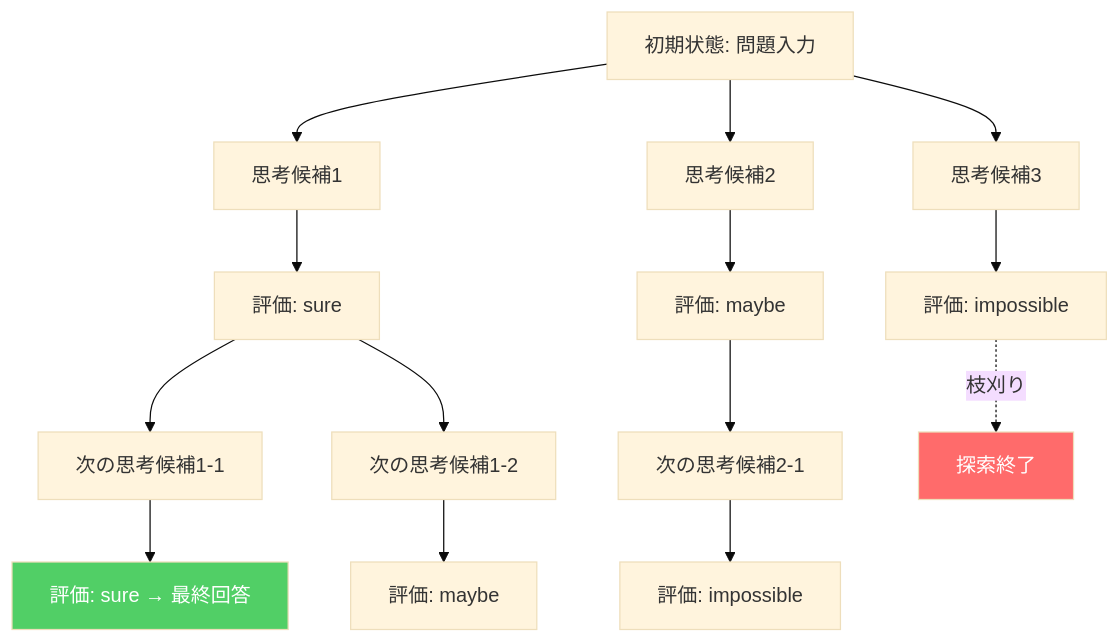
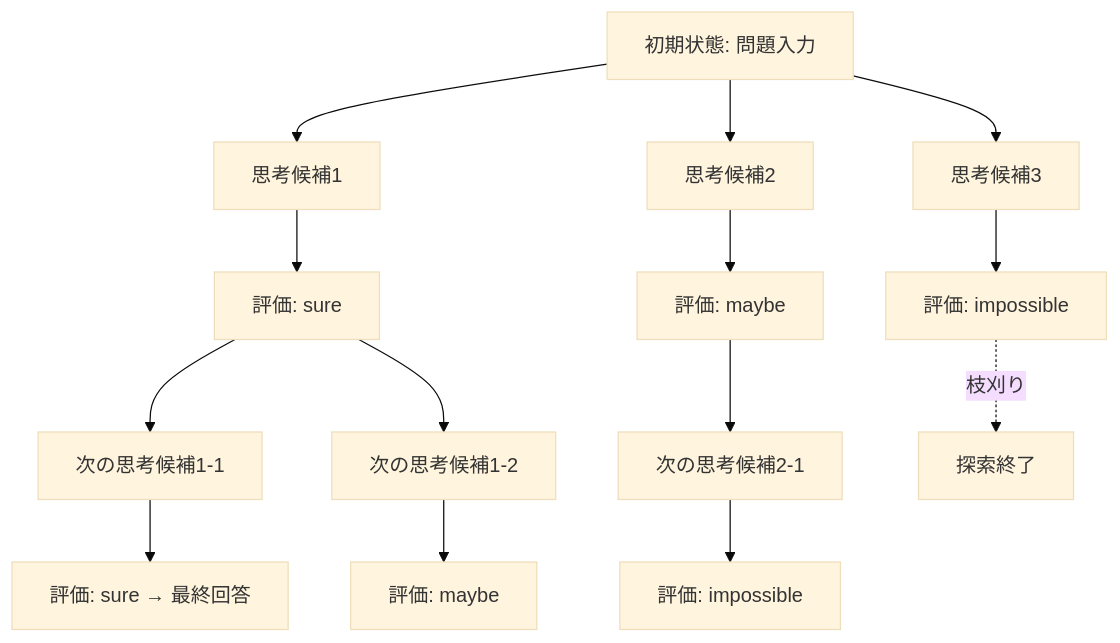
One commit to 0h-n0/zenn-contents changed the first of 2 diagrams in articles/63b529130e473b.md. Above: the diagram before and after it, drawn with Mermaid (base theme). The commit also changed 13 other files, not shown here.

First line of the commit message:
fix: Mermaidダイアグラムのカスタムスタイル(fill/stroke/color)を削除

````diff
--- a/articles/63b529130e473b.md
+++ b/articles/63b529130e473b.md
@@ -50,18 +50,16 @@
 ```mermaid
 graph TD
     A[初期状態: 問題入力] --> B1[思考候補1]
     A --> B2[思考候補2]
     A --> B3[思考候補3]
     B1 --> C1[評価: sure]
     B2 --> C2[評価: maybe]
     B3 --> C3[評価: impossible]
     C1 --> D1[次の思考候補1-1]
     C1 --> D2[次の思考候補1-2]
     C2 --> D3[次の思考候補2-1]
     C3 -.->|枝刈り| X[探索終了]
     D1 --> E1[評価: sure → 最終回答]
     D2 --> E2[評価: maybe]
     D3 --> E3[評価: impossible]
-    style X fill:#ff6b6b,color:#fff
-    style E1 fill:#51cf66,color:#fff
 ```
````
